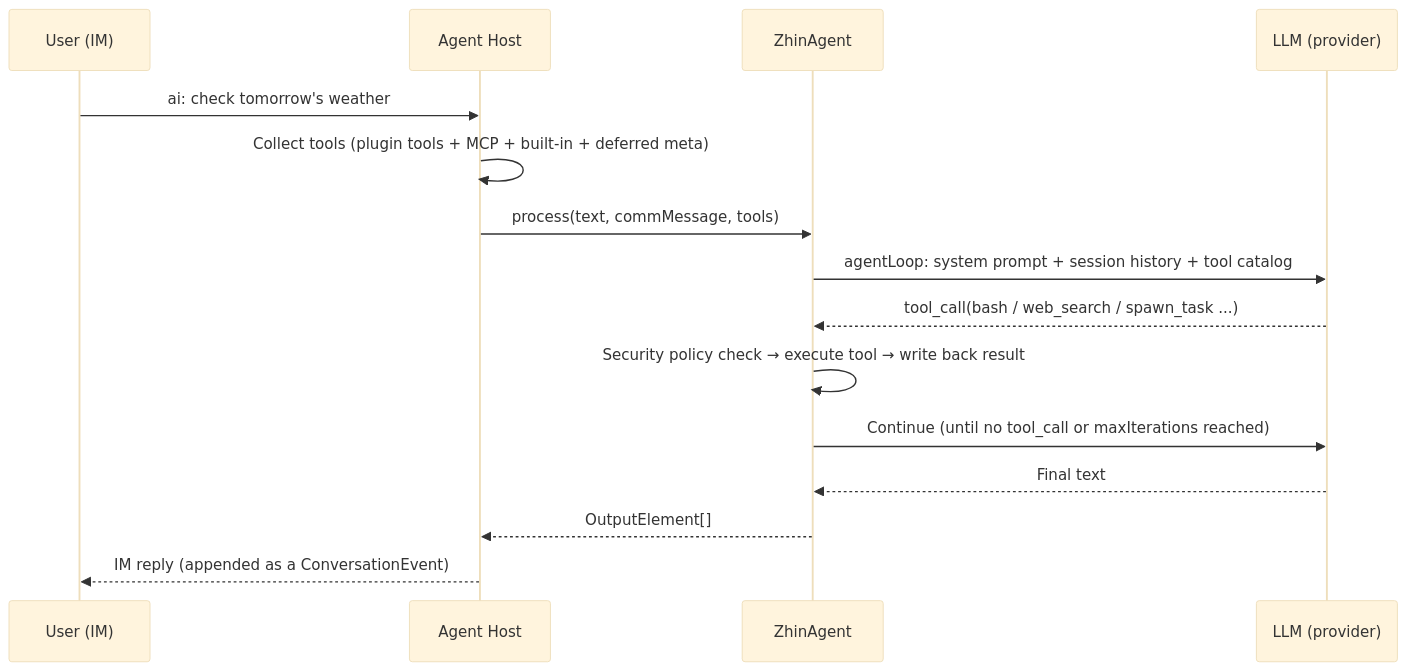
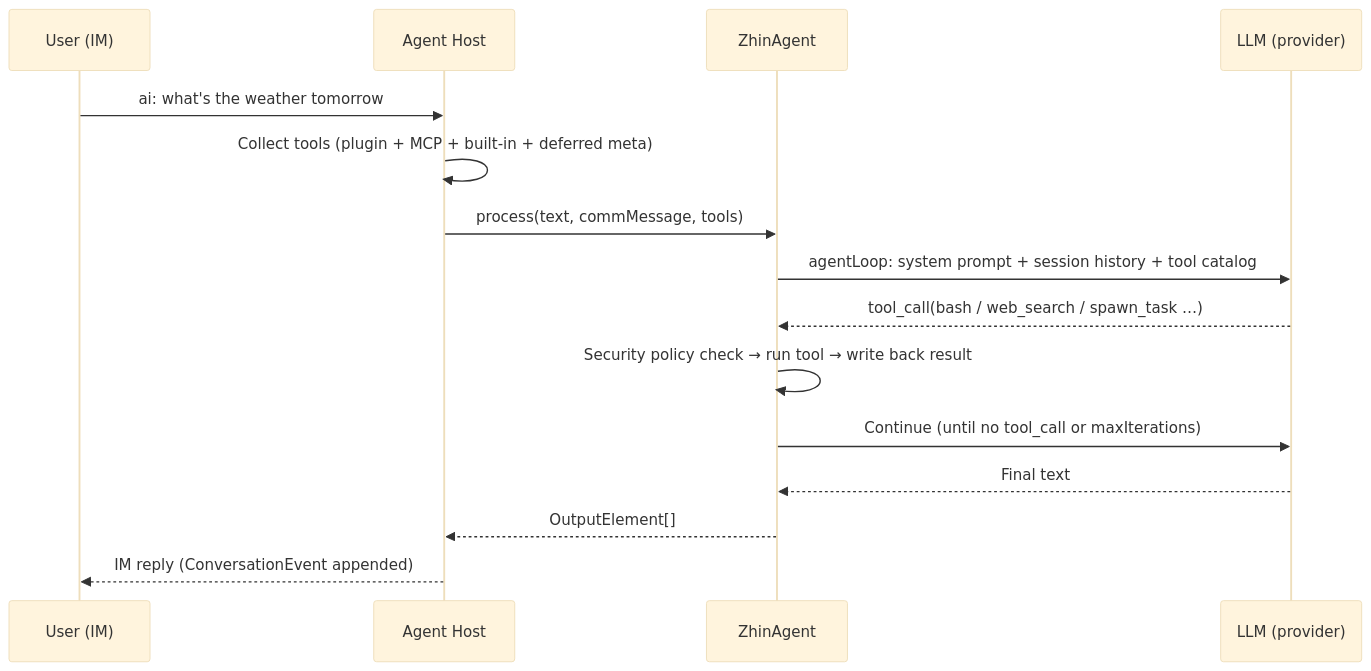
One commit to zhinjs/zhin changed the diagram in docs/en/ai/agent.md. Above: the diagram before and after it, drawn with Mermaid (base theme). The commit also changed other lines of this file and 7 other files, not shown here.

````diff
--- a/docs/en/ai/agent.md
+++ b/docs/en/ai/agent.md
@@ -13,17 +30,17 @@
 ```mermaid
 sequenceDiagram
     participant U as User (IM)
     participant H as Agent Host
     participant Z as ZhinAgent
     participant L as LLM (provider)
-    U->>H: ai: check tomorrow's weather
-    H->>H: Collect tools (plugin tools + MCP + built-in + deferred meta)
+    U->>H: ai: what's the weather tomorrow
+    H->>H: Collect tools (plugin + MCP + built-in + deferred meta)
     H->>Z: process(text, commMessage, tools)
     Z->>L: agentLoop: system prompt + session history + tool catalog
-    L-->>Z: tool_call(bash / web_search / spawn_task ...)
-    Z->>Z: Security policy check → execute tool → write back result
-    Z->>L: Continue (until no tool_call or maxIterations reached)
+    L-->>Z: tool_call(bash / web_search / spawn_task …)
+    Z->>Z: Security policy check → run tool → write back result
+    Z->>L: Continue (until no tool_call or maxIterations)
     L-->>Z: Final text
     Z-->>H: OutputElement[]
-    H-->>U: IM reply (appended as a ConversationEvent)
+    H-->>U: IM reply (ConversationEvent appended)
 ```
````
